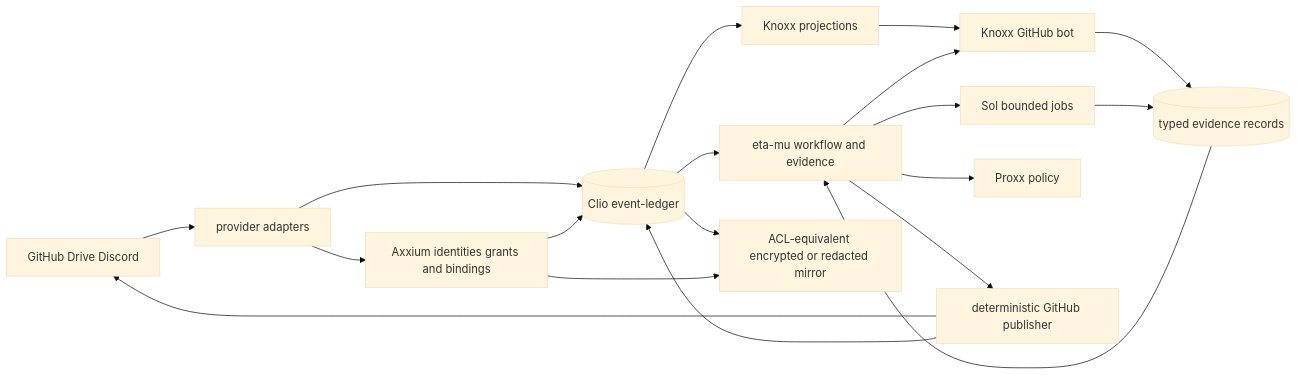
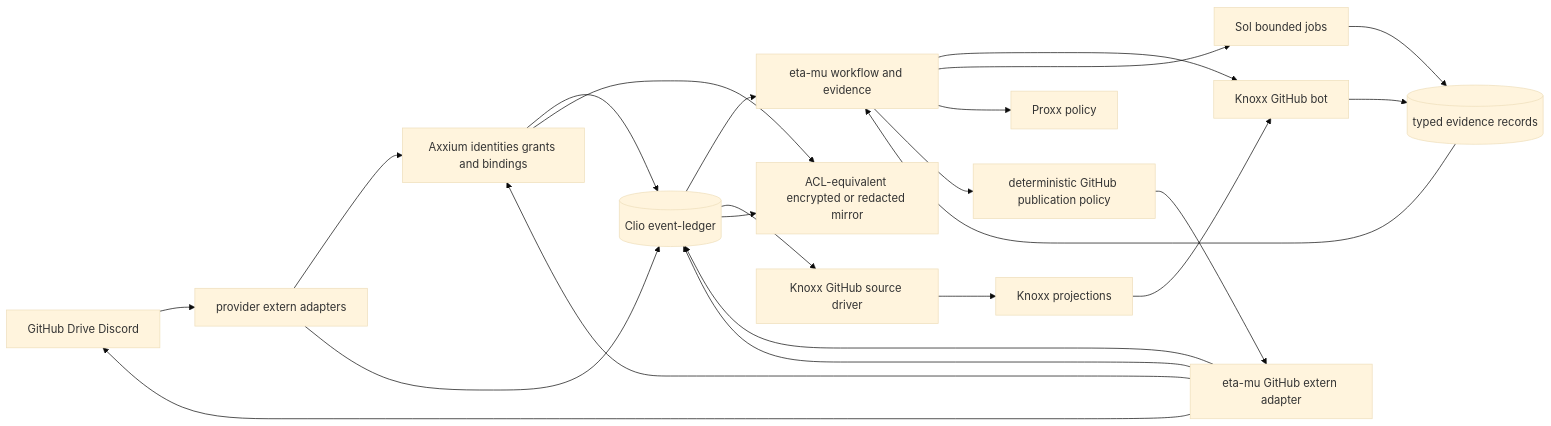
Before and after one commit to open-hax/foresight: the first of 2 diagrams in docs/notes/design/axxium-event-fabric.md, drawn with Mermaid (base theme). The commit also changed other lines of this file, not shown here.

Commit message:
docs: assign GitHub extern ownership and fix EDN examples

````diff
--- a/docs/notes/design/axxium-event-fabric.md
+++ b/docs/notes/design/axxium-event-fabric.md
@@ -60,24 +67,28 @@
 ```mermaid
 flowchart LR
-  P[GitHub Drive Discord] --> PA[provider adapters]
-  PA --> AX[Axxium identities grants and bindings]
-  PA --> EL[(Clio event-ledger)]
+  P[GitHub Drive Discord] --> PA[provider extern adapters]
+  GHX[eta-mu GitHub extern adapter] --> AX[Axxium identities grants and bindings]
+  GHX --> EL[(Clio event-ledger)]
+  PA --> AX
+  PA --> EL
   AX --> EL
 
   EL --> EM[eta-mu workflow and evidence]
-  EL --> KX[Knoxx projections]
+  EL --> KXD[Knoxx GitHub source driver]
+  KXD --> KX[Knoxx projections]
   KX --> KB[Knoxx GitHub bot]
   EM --> KB
   EM --> SO[Sol bounded jobs]
   EM --> PX[Proxx policy]
 
   KB --> EV[(typed evidence records)]
   SO --> EV
   EV --> EM
-  EM --> GP[deterministic GitHub publisher]
-  GP --> P
-  GP --> EL
+  EM --> GP[deterministic GitHub publication policy]
+  GP --> GHX
+  GHX --> P
+  GHX --> EL
 
   EL --> MIR[ACL-equivalent encrypted or redacted mirror]
   AX --> MIR
 ```
````
